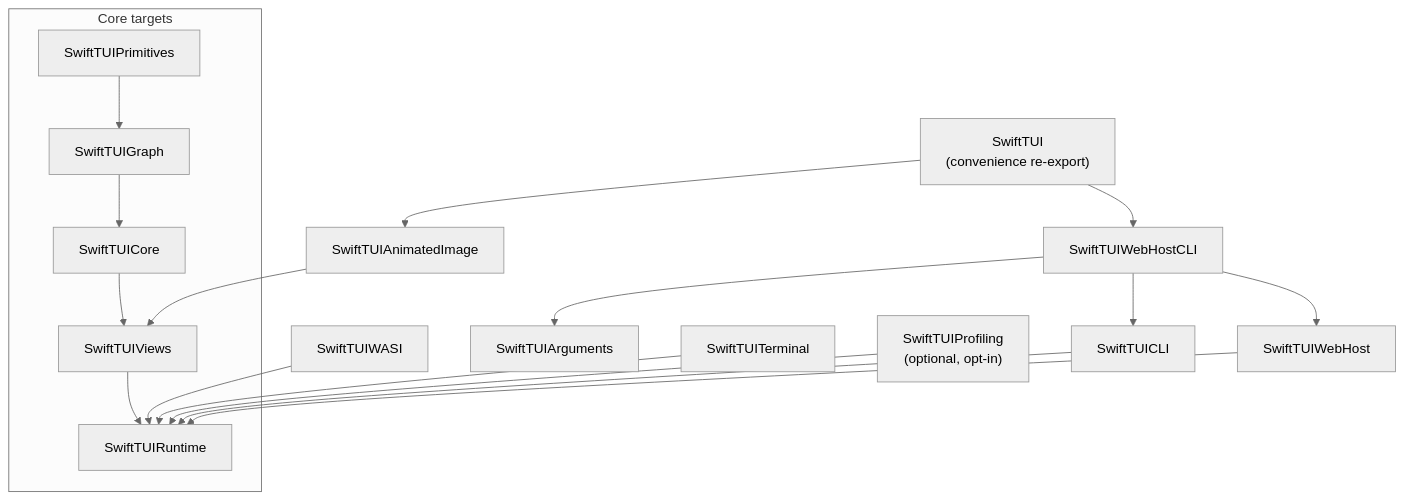
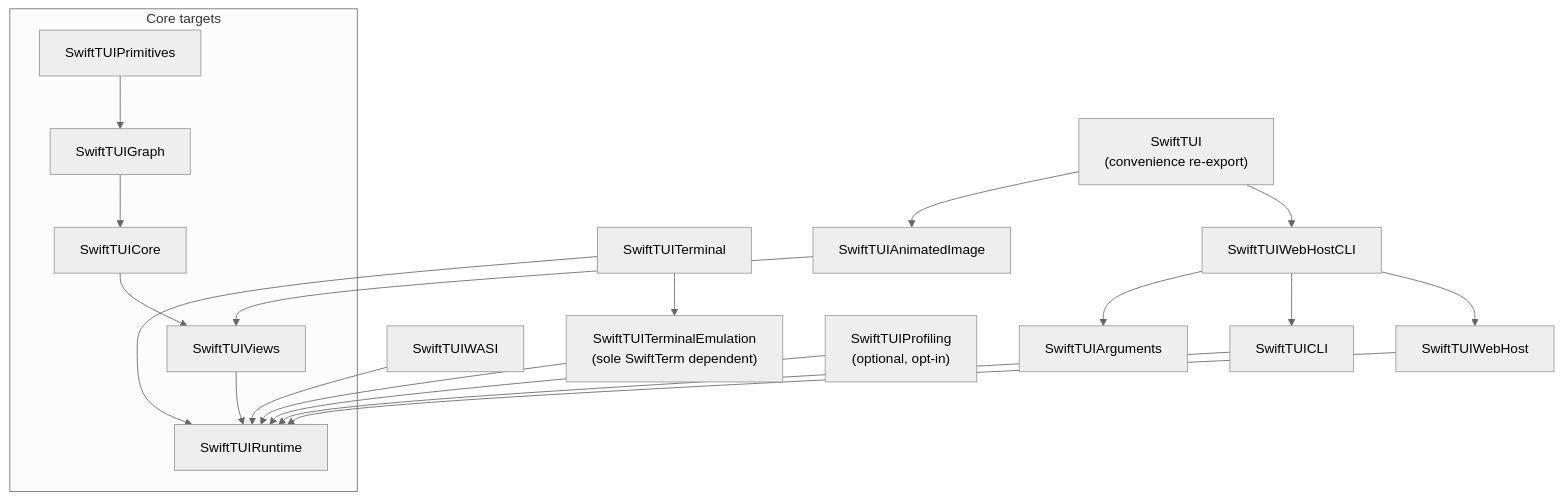
One commit to SwiftTUI/swift-tui changed the second of 2 diagrams in docs/ARCHITECTURE.md. Above: the diagram before and after it, drawn with Mermaid (neutral theme). The commit also changed other lines of this file and 30 other files, not shown here.

First line of the commit message:
feat: quarantine SwiftTerm and the PTY layer behind conditional edges

````diff
--- a/docs/ARCHITECTURE.md
+++ b/docs/ARCHITECTURE.md
@@ -41,29 +41,31 @@
 ```mermaid
 flowchart TD
     subgraph engine["Core targets"]
         SwiftTUIPrimitives
         SwiftTUIGraph
         SwiftTUICore
         SwiftTUIViews
         SwiftTUIRuntime
     end
     SwiftTUIPrimitives --> SwiftTUIGraph
     SwiftTUIGraph --> SwiftTUICore
     SwiftTUICore --> SwiftTUIViews
     SwiftTUIViews --> SwiftTUIRuntime
 
     SwiftTUIArguments
     SwiftTUICLI --> SwiftTUIRuntime
     SwiftTUI["SwiftTUI<br/>(convenience re-export)"]
     SwiftTUI --> SwiftTUIWebHostCLI
     SwiftTUI --> SwiftTUIAnimatedImage
 
     SwiftTUIWASI --> SwiftTUIRuntime
     SwiftTUIWebHost --> SwiftTUIRuntime
     SwiftTUIWebHostCLI --> SwiftTUIWebHost
     SwiftTUIWebHostCLI --> SwiftTUICLI
     SwiftTUIWebHostCLI --> SwiftTUIArguments
     SwiftTUITerminal --> SwiftTUIRuntime
+    SwiftTUITerminal --> SwiftTUITerminalEmulation
+    SwiftTUITerminalEmulation["SwiftTUITerminalEmulation<br/>(sole SwiftTerm dependent)"] --> SwiftTUIRuntime
     SwiftTUIAnimatedImage --> SwiftTUIViews
     SwiftTUIProfiling["SwiftTUIProfiling<br/>(optional, opt-in)"] --> SwiftTUIRuntime
 ```
````
